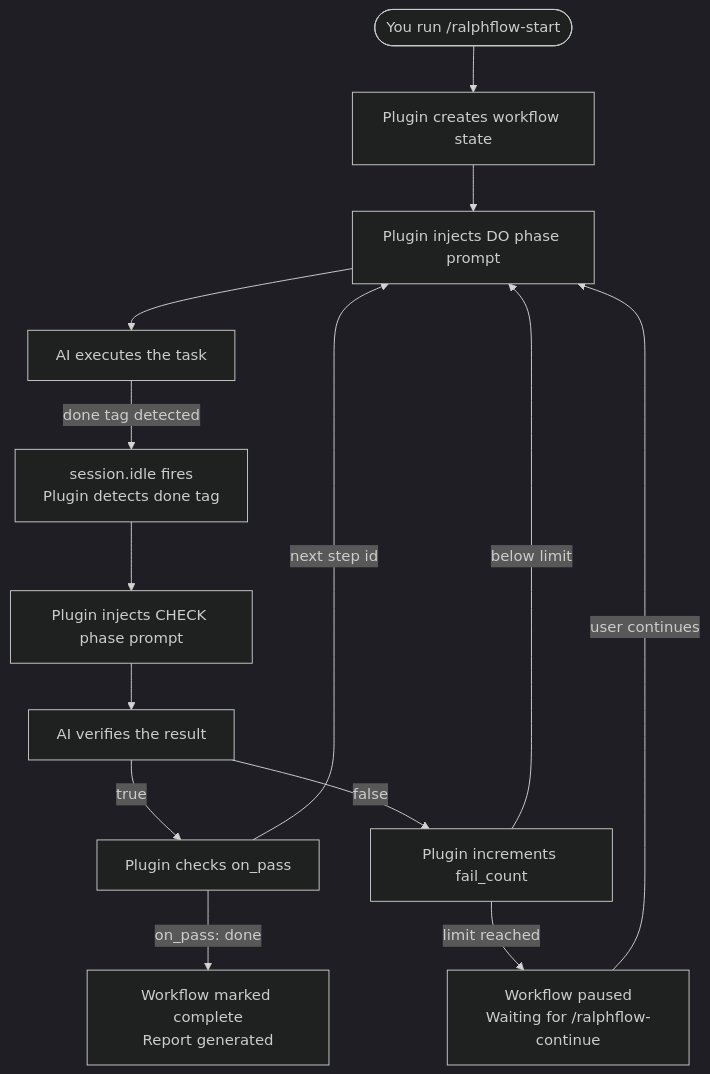
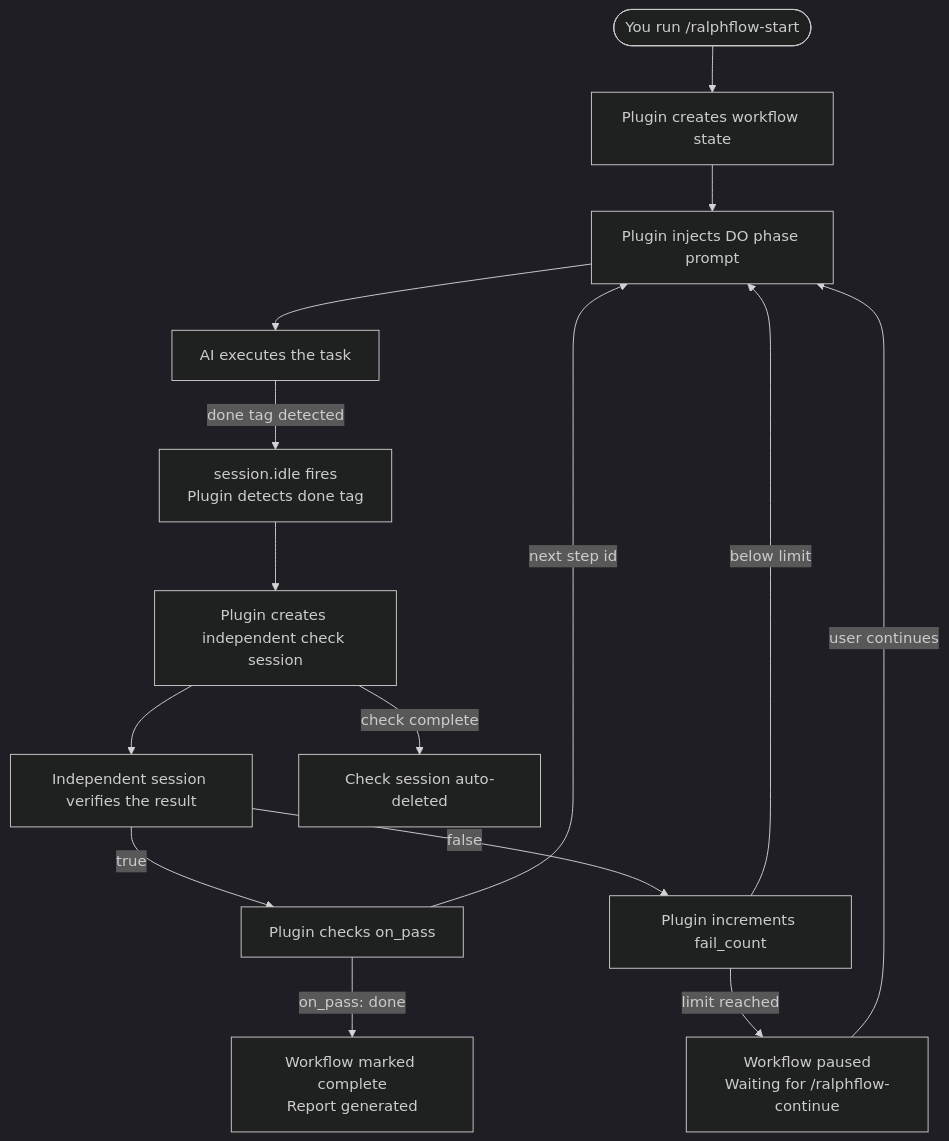
The third of 4 diagrams in README.md (534529531/ralph-flow), drawn with Mermaid (dark theme) before and after one commit. The commit also changed other lines of this file and 14 other files, not shown here.

Commit message:
Important update! use independent session for check

````diff
--- a/README.md
+++ b/README.md
@@ -235,16 +237,17 @@
 ```mermaid
 flowchart TD
     Start(["You run /ralphflow-start"]) --> State["Plugin creates workflow state"]
     State --> DoPrompt["Plugin injects DO phase prompt"]
     DoPrompt --> AI["AI executes the task"]
     AI -->|"done tag detected"| DoneTag["session.idle fires<br/>Plugin detects done tag"]
-    DoneTag --> CheckPrompt["Plugin injects CHECK phase prompt"]
-    CheckPrompt --> AICheck["AI verifies the result"]
+    DoneTag --> CheckPrompt["Plugin creates independent check session"]
+    CheckPrompt --> AICheck["Independent session verifies the result"]
     AICheck -->|"true"| Pass["Plugin checks on_pass"]
     AICheck -->|"false"| Fail["Plugin increments fail_count"]
     Pass -->|"on_pass: done"| Complete["Workflow marked complete<br/>Report generated"]
     Pass -->|"next step id"| DoPrompt
     Fail -->|"below limit"| DoPrompt
     Fail -->|"limit reached"| Pause["Workflow paused<br/>Waiting for /ralphflow-continue"]
     Pause -->|user continues| DoPrompt
+    CheckPrompt -->|"check complete"| Cleanup["Check session auto-deleted"]
 ```
````
